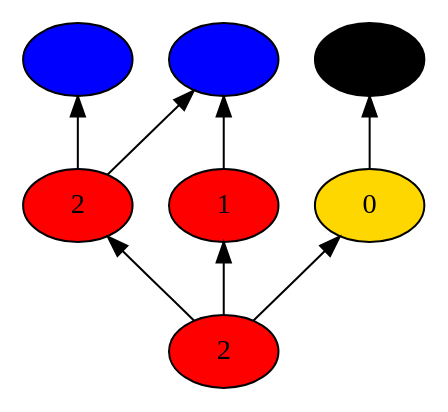
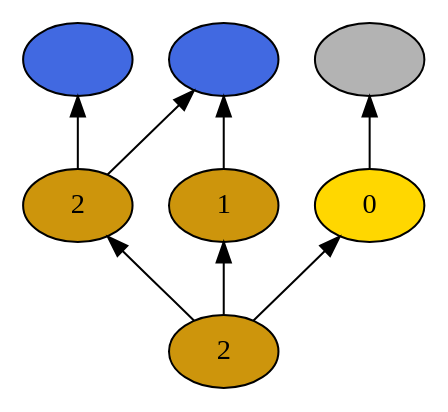
Before and after one commit to probcomp/Venturecxx: the diagram in backend/cxx/pdf_graphs/tutorial_1/dot23.dot, drawn with Graphviz. The commit also changed 108 other files, not shown here.

```diff
--- a/backend/cxx/pdf_graphs/tutorial_1/dot23.dot
+++ b/backend/cxx/pdf_graphs/tutorial_1/dot23.dot
@@ -1,18 +1,18 @@
 digraph {
 rankdir=BT
 fontsize=24
-1["shape" ="ellipse" "style" ="filled" "fillcolor" ="red" "label" ="2" ]
-2["shape" ="ellipse" "style" ="filled" "fillcolor" ="red" "label" ="2" ]
-3["shape" ="ellipse" "style" ="filled" "fillcolor" ="red" "label" ="1" ]
+1["shape" ="ellipse" "style" ="filled" "fillcolor" ="darkgoldenrod3" "label" ="2" ]
+2["shape" ="ellipse" "style" ="filled" "fillcolor" ="darkgoldenrod3" "label" ="2" ]
+3["shape" ="ellipse" "style" ="filled" "fillcolor" ="darkgoldenrod3" "label" ="1" ]
 4["shape" ="ellipse" "style" ="filled" "fillcolor" ="gold" "label" ="0" ]
-5["shape" ="ellipse" "style" ="filled" "fillcolor" ="blue" "label" ="" ]
-6["shape" ="ellipse" "style" ="filled" "fillcolor" ="blue" "label" ="" ]
-7["shape" ="ellipse" "style" ="filled" "fillcolor" ="black" "label" ="" ]
+5["shape" ="ellipse" "style" ="filled" "fillcolor" ="royalblue" "label" ="" ]
+6["shape" ="ellipse" "style" ="filled" "fillcolor" ="royalblue" "label" ="" ]
+7["shape" ="ellipse" "style" ="filled" "fillcolor" ="grey70" "label" ="" ]
 1 -> 2["color" ="black" "style" ="solid" "arrowhead" ="normal" ]
 1 -> 3["color" ="black" "style" ="solid" "arrowhead" ="normal" ]
 1 -> 4["color" ="black" "style" ="solid" "arrowhead" ="normal" ]
 2 -> 5["color" ="black" "style" ="solid" "arrowhead" ="normal" ]
 2 -> 6["color" ="black" "style" ="solid" "arrowhead" ="normal" ]
 3 -> 6["color" ="black" "style" ="solid" "arrowhead" ="normal" ]
 4 -> 7["color" ="black" "style" ="solid" "arrowhead" ="normal" ]
 }
```
